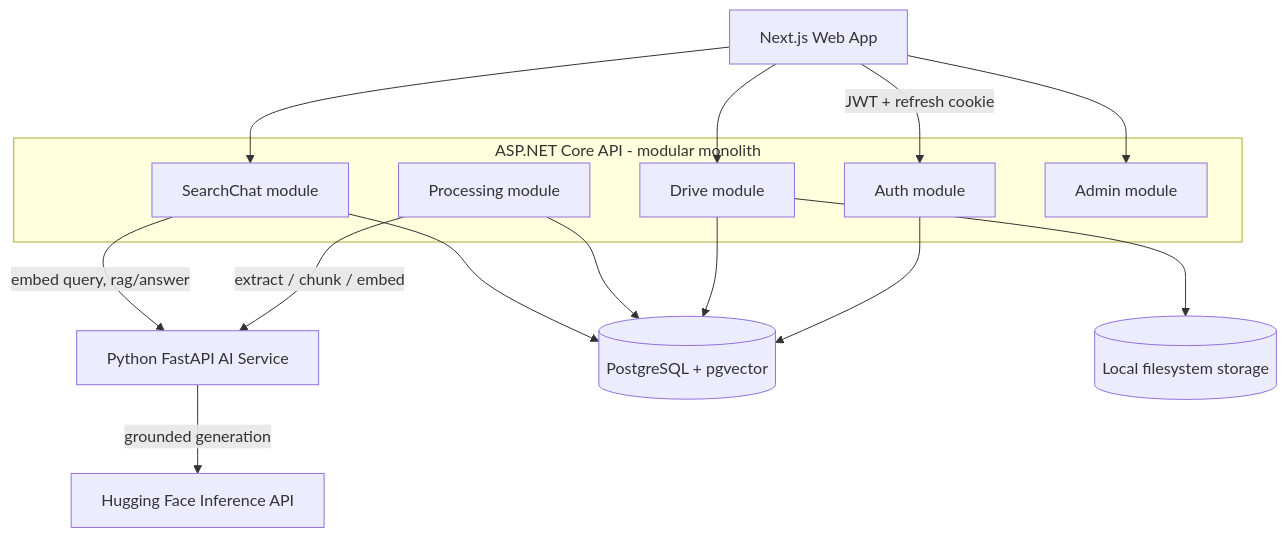
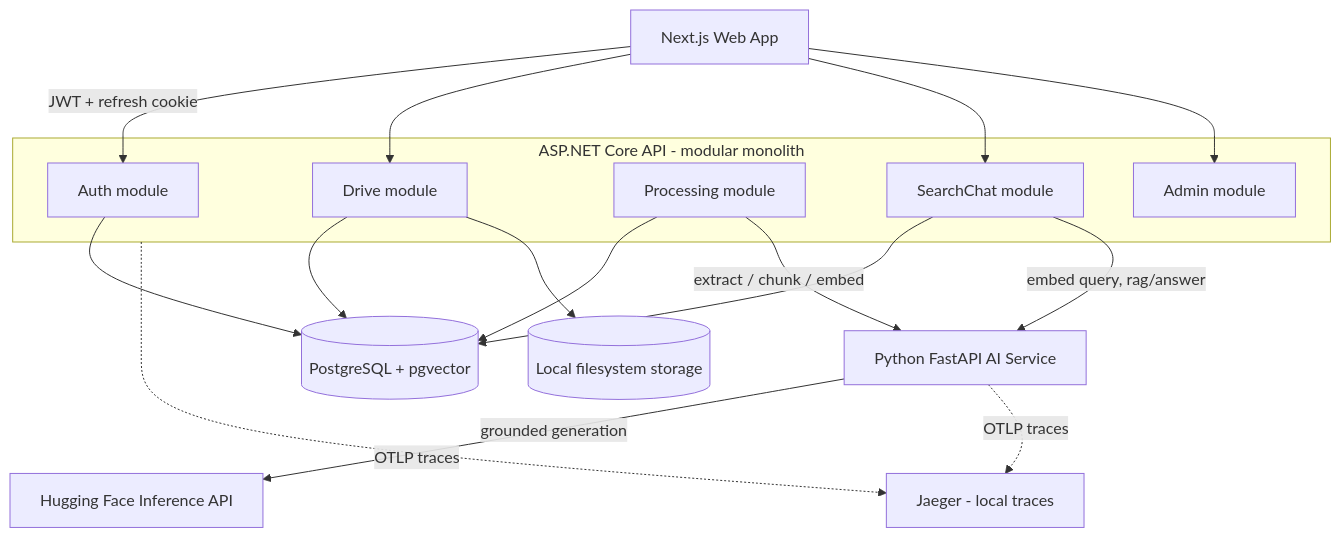
The first of 3 diagrams in README.md (AhmadAbughanam/amanah-drive), drawn with Mermaid before and after one commit. The commit also changed other lines of this file and 15 other files, not shown here.

Commit message:
Add local distributed tracing with Jaeger

````diff
--- a/README.md
+++ b/README.md
@@ -39,31 +40,34 @@
 ```mermaid
 flowchart TB
     Web["Next.js Web App"]
 
     subgraph API["ASP.NET Core API - modular monolith"]
         Auth["Auth module"]
         Drive["Drive module"]
         Processing["Processing module"]
         SearchChat["SearchChat module"]
         Admin["Admin module"]
     end
 
     AI["Python FastAPI AI Service"]
     HF["Hugging Face Inference API"]
+    Jaeger["Jaeger - local traces"]
     PG[("PostgreSQL + pgvector")]
     FS[("Local filesystem storage")]
 
     Web -- "JWT + refresh cookie" --> Auth
     Web --> Drive
     Web --> SearchChat
     Web --> Admin
 
     Auth --> PG
     Drive --> PG
     Drive --> FS
     Processing --> PG
     Processing -- "extract / chunk / embed" --> AI
     SearchChat --> PG
     SearchChat -- "embed query, rag/answer" --> AI
     AI -- "grounded generation" --> HF
+    API -. "OTLP traces" .-> Jaeger
+    AI -. "OTLP traces" .-> Jaeger
 ```
````
